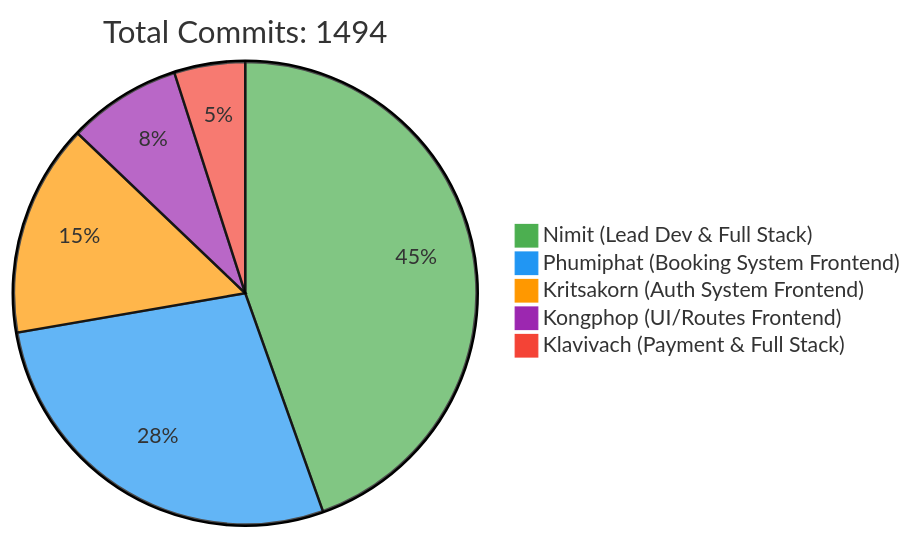
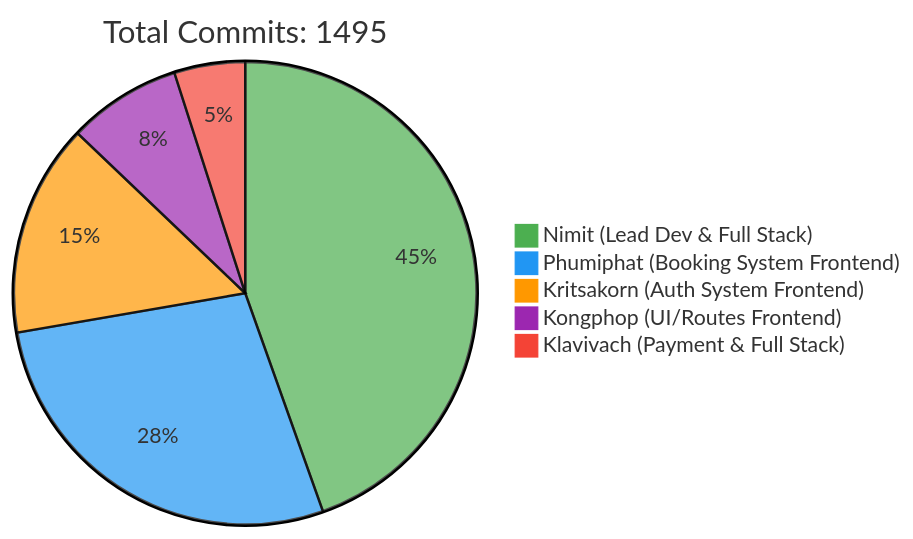
One commit to 6531503042/Sport-Complex changed the first of 2 diagrams in README.md. Above: the diagram before and after it, drawn with Mermaid. The commit also changed other lines of this file, not shown here.

Commit message:
docs: Update contributor statistics [skip ci]

````diff
--- a/README.md
+++ b/README.md
@@ -257,10 +257,10 @@
 ```mermaid
 %%{init: {'theme': 'base', 'themeVariables': { 'pie1': '#4CAF50', 'pie2': '#2196F3', 'pie3': '#FF9800', 'pie4': '#9C27B0', 'pie5': '#F44336'}}}%%
 pie
-    title Total Commits: 1494
+    title Total Commits: 1495
     "Nimit (Lead Dev & Full Stack)" : 450
     "Phumiphat (Booking System Frontend)" : 280
     "Kritsakorn (Auth System Frontend)" : 150
     "Kongphop (UI/Routes Frontend)" : 80
     "Klavivach (Payment & Full Stack)" : 50
 ```
````
